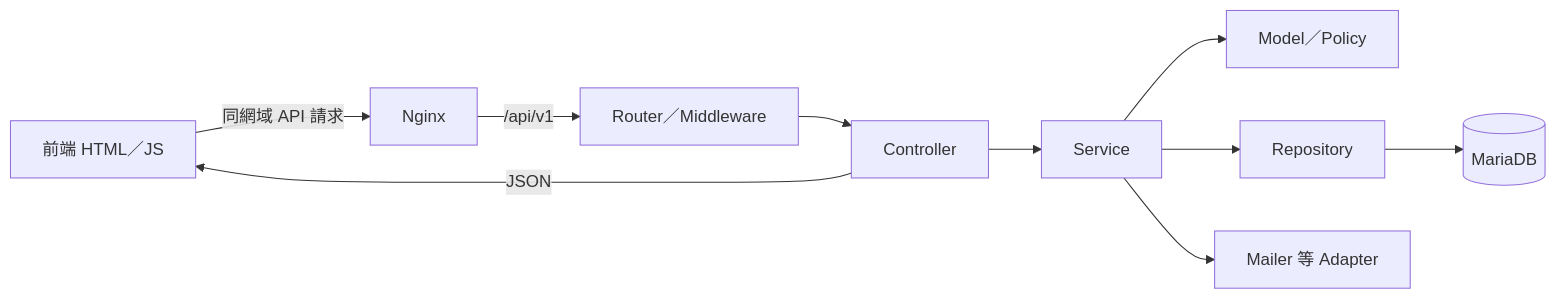
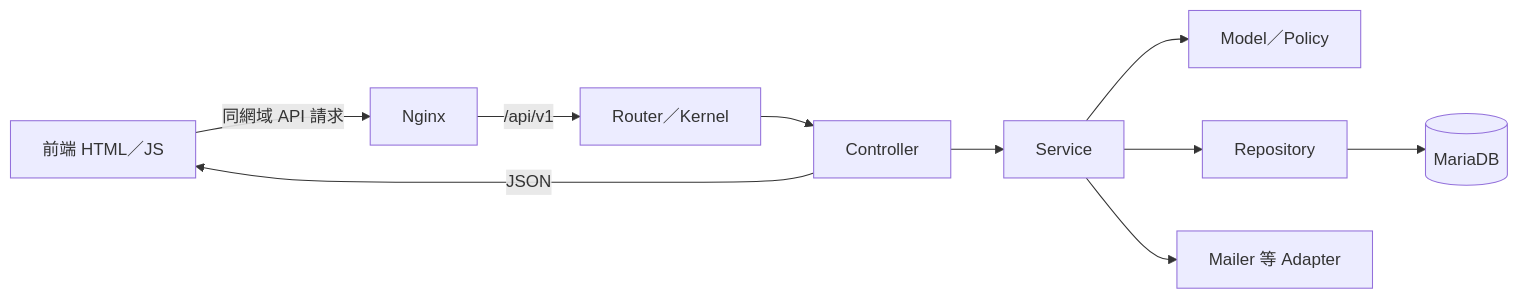
Before and after one commit to Spl6026/yinghua: the diagram in docs/ARCHITECTURE.md, drawn with Mermaid. The commit also changed other lines of this file and 22 other files, not shown here.

````diff
--- a/docs/ARCHITECTURE.md
+++ b/docs/ARCHITECTURE.md
@@ -23,12 +23,12 @@
 ```mermaid
 flowchart LR
     V[前端 HTML／JS] -->|同網域 API 請求| N[Nginx]
-    N -->|/api/v1| M[Router／Middleware]
+    N -->|/api/v1| M[Router／Kernel]
     M --> C[Controller]
     C --> S[Service]
     S --> P[Model／Policy]
     S --> R[Repository]
     R --> D[(MariaDB)]
     S --> A[Mailer 等 Adapter]
     C -->|JSON| V
 ```
````
